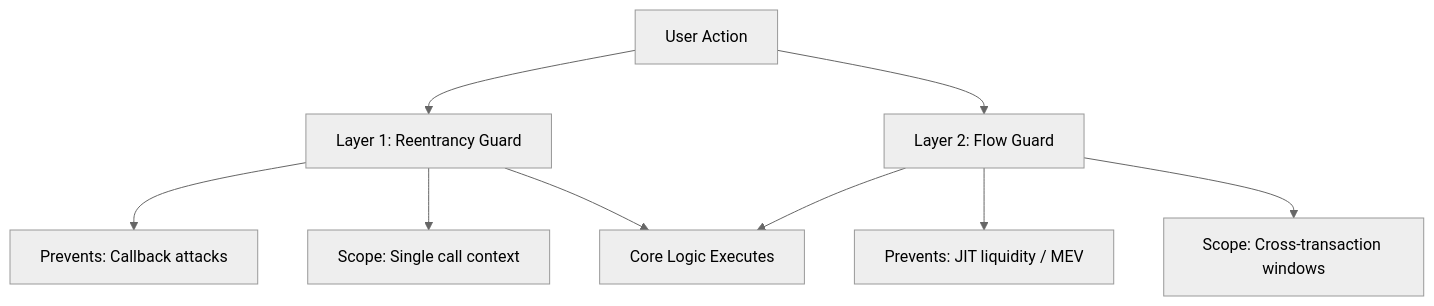
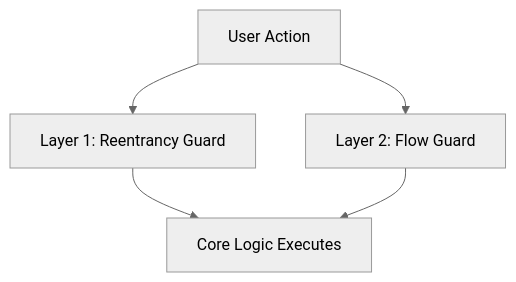
Before and after one commit to btr-protocol/dex: the first of 9 diagrams in docs/3. Security/3.4. Flow Guards.md, drawn with Mermaid (neutral theme). The commit also changed other lines of this file and 27 other files, not shown here.

````diff
--- a/docs/3. Security/3.4. Flow Guards.md
+++ b/docs/3. Security/3.4. Flow Guards.md
@@ -18,11 +18,7 @@
 ```mermaid
 graph TD
     A[User Action] --> L1[Layer 1: Reentrancy Guard]
-    L1 --> L1a[Prevents: Callback attacks]
-    L1 --> L1b[Scope: Single call context]
     A --> L2[Layer 2: Flow Guard]
-    L2 --> L2a[Prevents: JIT liquidity / MEV]
-    L2 --> L2b[Scope: Cross-transaction windows]
     L1 --> Core[Core Logic Executes]
     L2 --> Core
 ```
````
